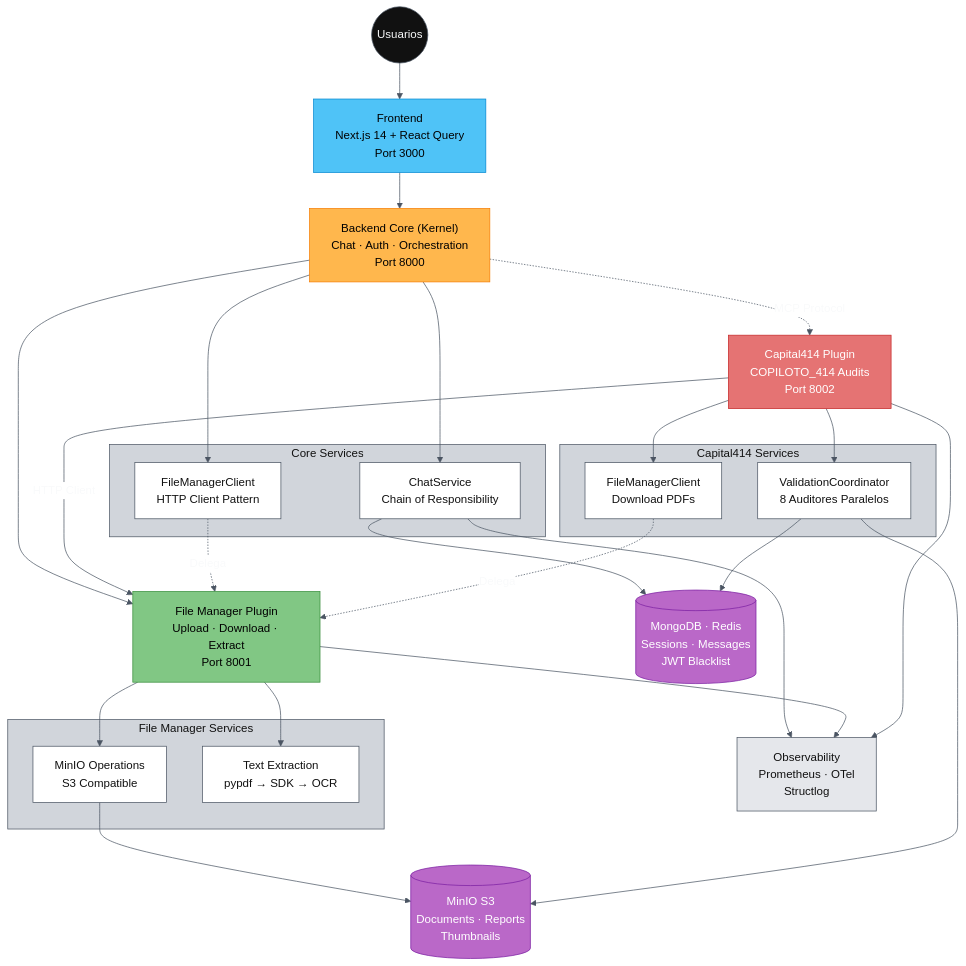
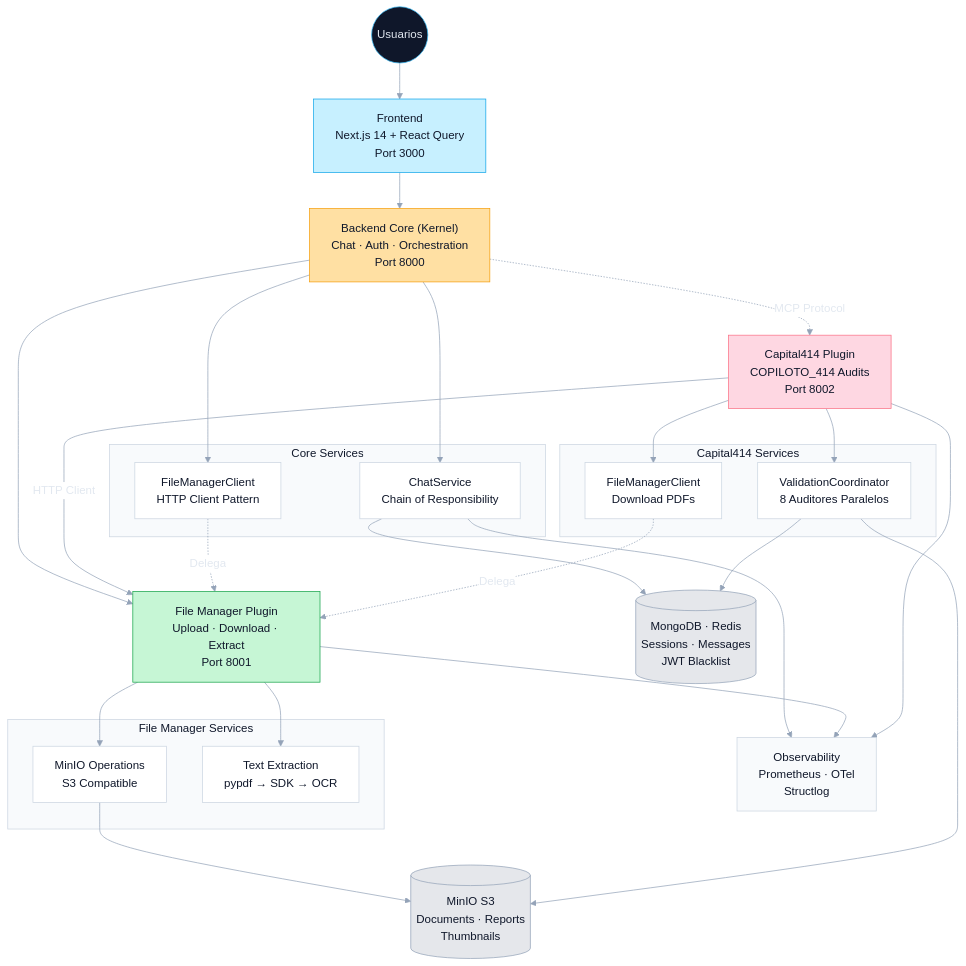
The second of 11 diagrams in README.md (saptiva-ai/octavios-chat), drawn with Mermaid before and after one commit. The commit also changed other lines of this file, not shown here.

Commit message:
docs: compact README and refresh diagrams

````diff
--- a/README.md
+++ b/README.md
@@ -386,55 +382,55 @@
 ```mermaid
-%%{init: {'theme': 'base', 'themeVariables': {'primaryColor': '#111111','primaryBorderColor': '#4b5563','primaryTextColor': '#f9fafb','lineColor': '#4b5563','secondaryColor': '#ffffff','secondaryBorderColor': '#4b5563','secondaryTextColor': '#111111','tertiaryColor': '#d1d5db','tertiaryBorderColor': '#4b5563','tertiaryTextColor': '#111111'}}}%%
+%%{init: {'theme': 'base', 'themeVariables': {'primaryColor': '#0f172a','primaryBorderColor': '#38bdf8','primaryTextColor': '#e2e8f0','lineColor': '#94a3b8','secondaryColor': '#ffffff','secondaryBorderColor': '#cbd5e1','secondaryTextColor': '#0f172a','tertiaryColor': '#f8fafc','tertiaryBorderColor': '#cbd5e1','tertiaryTextColor': '#0f172a'}}}%%
 flowchart TB
     user((Usuarios)):::dark --> web["Frontend<br/>Next.js 14 + React Query<br/>Port 3000"]:::frontend
 
     web --> core["Backend Core (Kernel)<br/>Chat · Auth · Orchestration<br/>Port 8000"]:::core
 
     core --> filemanager["File Manager Plugin<br/>Upload · Download · Extract<br/>Port 8001"]:::plugin_public
     core -.->|"MCP Protocol"| capital414["Capital414 Plugin<br/>COPILOTO_414 Audits<br/>Port 8002"]:::plugin_private
 
     capital414 -->|"HTTP Client"| filemanager
 
     subgraph "Core Services"
         chat_svc["ChatService<br/>Chain of Responsibility"]:::light
         file_client["FileManagerClient<br/>HTTP Client Pattern"]:::light
     end
 
     subgraph "File Manager Services"
         minio_ops["MinIO Operations<br/>S3 Compatible"]:::light
         extraction["Text Extraction<br/>pypdf → SDK → OCR"]:::light
     end
 
     subgraph "Capital414 Services"
         coordinator["ValidationCoordinator<br/>8 Auditores Paralelos"]:::light
         fm_client["FileManagerClient<br/>Download PDFs"]:::light
     end
 
     core --> chat_svc
     core --> file_client
     filemanager --> minio_ops
     filemanager --> extraction
     capital414 --> coordinator
     capital414 --> fm_client
 
     file_client -.->|"Delega"| filemanager
     fm_client -.->|"Delega"| filemanager
 
     chat_svc --> persistence[(MongoDB · Redis<br/>Sessions · Messages<br/>JWT Blacklist)]:::infra
     minio_ops --> storage[(MinIO S3<br/>Documents · Reports<br/>Thumbnails)]:::infra
     coordinator --> persistence
     coordinator --> storage
 
     chat_svc --> observability["Observability<br/>Prometheus · OTel<br/>Structlog"]:::gray
     filemanager --> observability
     capital414 --> observability
 
-    classDef dark fill:#111111,stroke:#4b5563,color:#f9fafb;
-    classDef frontend fill:#4fc3f7,stroke:#0288d1,color:#000000;
-    classDef core fill:#ffb74d,stroke:#f57c00,color:#000000;
-    classDef plugin_public fill:#81c784,stroke:#388e3c,color:#000000;
-    classDef plugin_private fill:#e57373,stroke:#c62828,color:#ffffff;
-    classDef light fill:#ffffff,stroke:#4b5563,color:#111111;
-    classDef infra fill:#ba68c8,stroke:#7b1fa2,color:#ffffff;
-    classDef gray fill:#e5e7eb,stroke:#4b5563,color:#111111;
+    classDef dark fill:#0f172a,stroke:#38bdf8,color:#e2e8f0;
+    classDef frontend fill:#c7f0ff,stroke:#0ea5e9,color:#0f172a;
+    classDef core fill:#ffe0a3,stroke:#f59e0b,color:#0f172a;
+    classDef plugin_public fill:#c6f6d5,stroke:#16a34a,color:#0f172a;
+    classDef plugin_private fill:#fed7e2,stroke:#fb7185,color:#0f172a;
+    classDef light fill:#ffffff,stroke:#cbd5e1,color:#0f172a;
+    classDef infra fill:#e5e7eb,stroke:#94a3b8,color:#0f172a;
+    classDef gray fill:#f8fafc,stroke:#cbd5e1,color:#0f172a;
 ```
````
